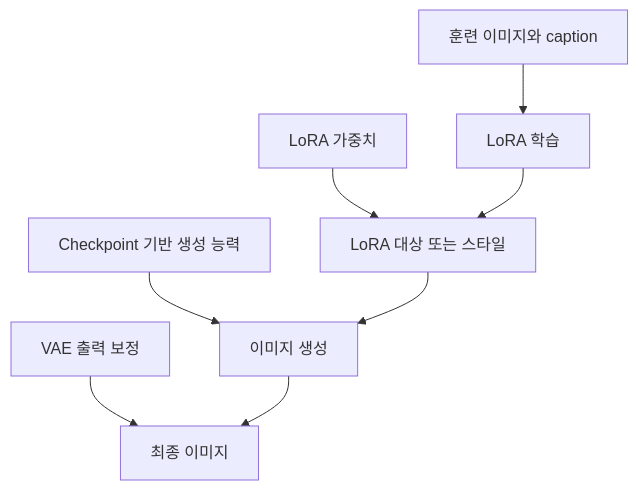
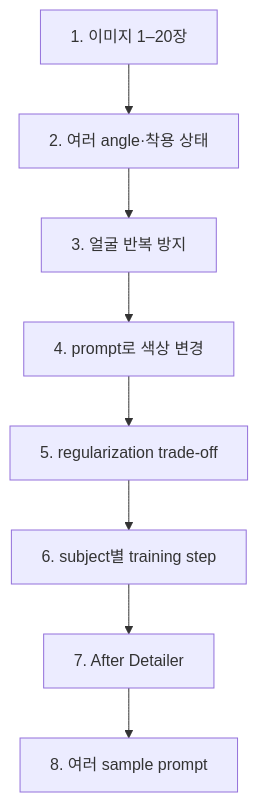
Before and after one commit to umyunsang/edu: the diagram in ComputerScience/03_ai-ml-data/generative-ai-fine-tuning/notes/50. 이미지 LoRA 학습과 적용.md, drawn with Mermaid. The commit also changed other lines of this file and 5 other files, not shown here.

````diff
--- a/ComputerScience/03_ai-ml-data/generative-ai-fine-tuning/notes/50. 이미지 LoRA 학습과 적용.md
+++ b/ComputerScience/03_ai-ml-data/generative-ai-fine-tuning/notes/50. 이미지 LoRA 학습과 적용.md
@@ -31,10 +81,10 @@
 ```mermaid
 flowchart TD
-    C["Checkpoint 기반 생성 능력"] --> G["이미지 생성"]
-    L["LoRA 대상 또는 스타일"] --> G
-    W["LoRA 가중치"] --> L
-    V["VAE 출력 보정"] --> O["최종 이미지"]
-    G --> O
-    D["훈련 이미지와 caption"] --> T["LoRA 학습"]
-    T --> L
+    S1["1. 이미지 1–20장"] --> S2["2. 여러 angle·착용 상태"]
+    S2 --> S3["3. 얼굴 반복 방지"]
+    S3 --> S4["4. prompt로 색상 변경"]
+    S4 --> S5["5. regularization trade-off"]
+    S5 --> S6["6. subject별 training step"]
+    S6 --> S7["7. After Detailer"]
+    S7 --> S8["8. 여러 sample prompt"]
 ```
````
